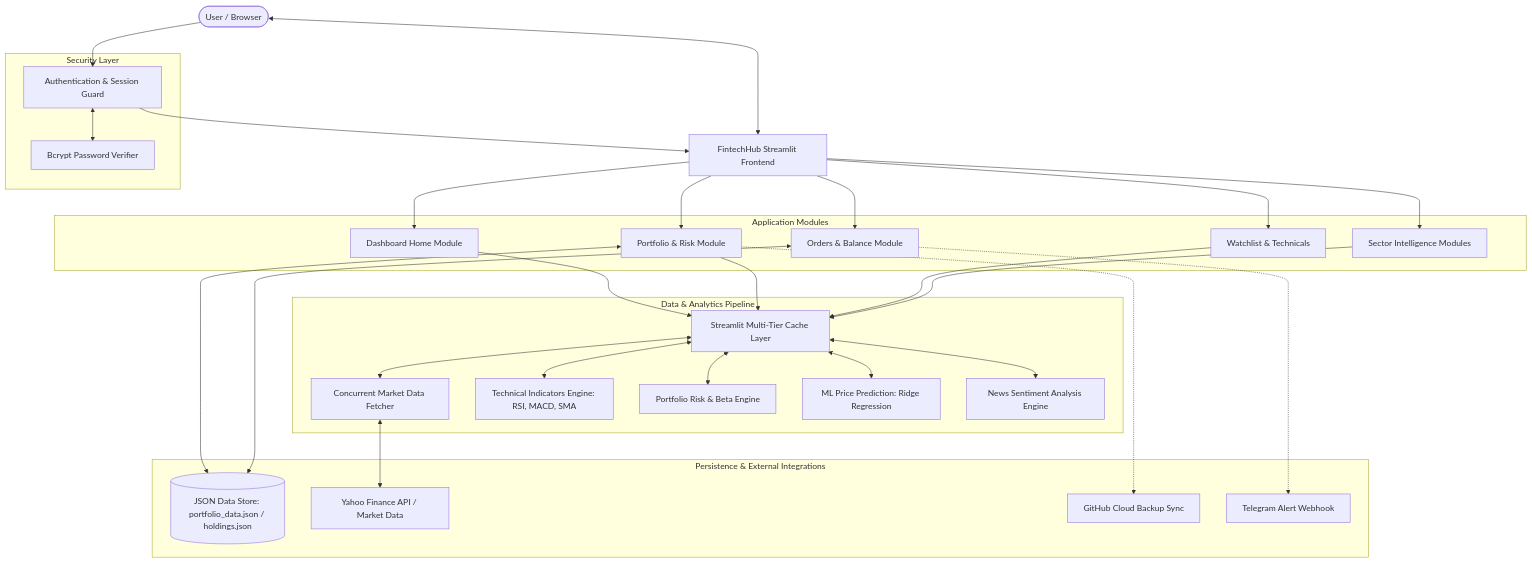
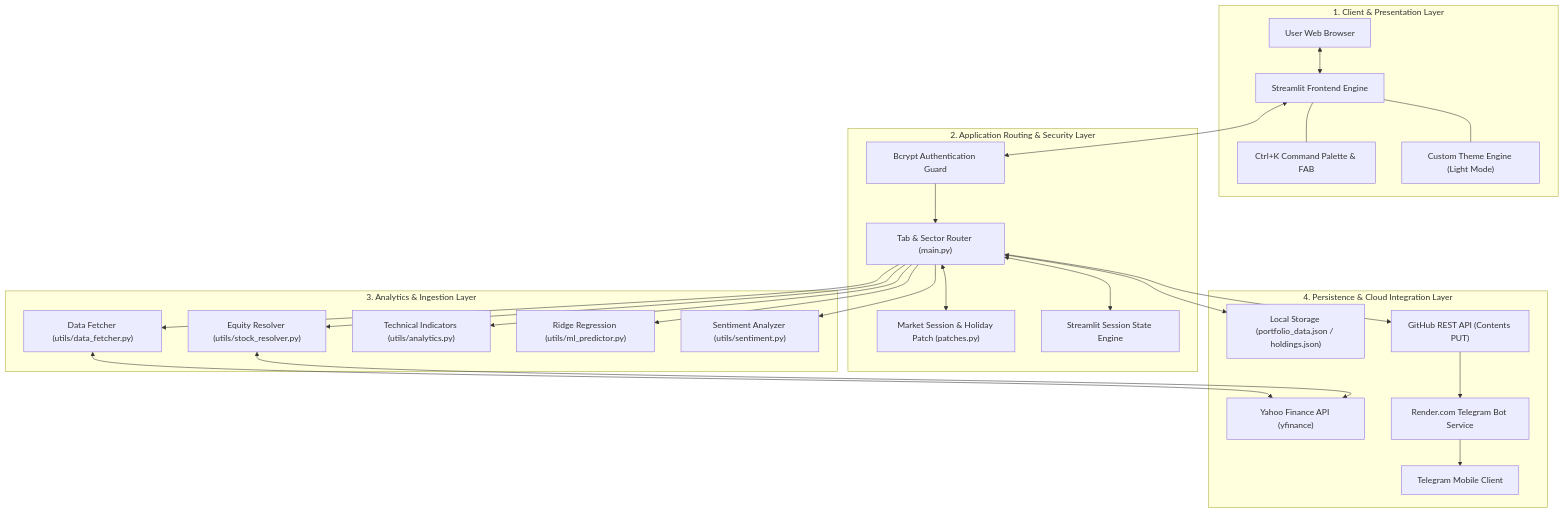
One commit to Nitinrajgor07/stock-market-visualization changed the first of 2 diagrams in README.md. Above: the diagram before and after it, drawn with Mermaid. The commit also changed other lines of this file and 5 other files, not shown here.

Commit message:
Update README with architecture, structure and images

````diff
--- a/README.md
+++ b/README.md
@@ -195,55 +137,46 @@
 ```mermaid
 flowchart TD
-    User([User / Browser]) <--> StreamlitUI[FintechHub Streamlit Frontend]
-
-    subgraph Security Layer
-        Auth[Authentication & Session Guard]
-        Bcrypt[Bcrypt Password Verifier]
+    subgraph Layer1["1. Client & Presentation Layer"]
+        Browser["User Web Browser"]
+        StreamlitUI["Streamlit Frontend Engine"]
+        CmdPalette["Ctrl+K Command Palette & FAB"]
+        CustomCSS["Custom Theme Engine (Light Mode)"]
     end
 
-    subgraph Application Modules
-        HomeMod[Dashboard Home Module]
-        PortMod[Portfolio & Risk Module]
-        OrderMod[Orders & Balance Module]
-        WatchMod[Watchlist & Technicals]
-        SectorMod[Sector Intelligence Modules]
+    subgraph Layer2["2. Application Routing & Security Layer"]
+        AuthGuard["Bcrypt Authentication Guard"]
+        Router["Tab & Sector Router (main.py)"]
+        MarketHours["Market Session & Holiday Patch (patches.py)"]
+        StateEngine["Streamlit Session State Engine"]
     end
 
-    subgraph Data & Analytics Pipeline
-        DataFetcher[Concurrent Market Data Fetcher]
-        TechAnalytics[Technical Indicators Engine: RSI, MACD, SMA]
-        RiskEngine[Portfolio Risk & Beta Engine]
-        MLEngine[ML Price Prediction: Ridge Regression]
-        SentimentEngine[News Sentiment Analysis Engine]
-        CacheLayer[Streamlit Multi-Tier Cache Layer]
+    subgraph Layer3["3. Analytics & Ingestion Layer"]
+        DataFetcher["Data Fetcher (utils/data_fetcher.py)"]
+        StockResolver["Equity Resolver (utils/stock_resolver.py)"]
+        TechAnalytics["Technical Indicators (utils/analytics.py)"]
+        MLPredictor["Ridge Regression (utils/ml_predictor.py)"]
+        Sentiment["Sentiment Analyzer (utils/sentiment.py)"]
     end
 
-    subgraph Persistence & External Integrations
-        JSONStore[(JSON Data Store: portfolio_data.json / holdings.json)]
-        YFinance[Yahoo Finance API / Market Data]
-        GitHubSync[GitHub Cloud Backup Sync]
-        TelegramSync[Telegram Alert Webhook]
+    subgraph Layer4["4. Persistence & Cloud Integration Layer"]
+        LocalJSON["Local Storage (portfolio_data.json / holdings.json)"]
+        YahooAPI["Yahoo Finance API (yfinance)"]
+        GitHubAPI["GitHub REST API (Contents PUT)"]
+        RenderBot["Render.com Telegram Bot Service"]
+        TelegramClient["Telegram Mobile Client"]
     end
 
-    User --> Auth
-    Auth <--> Bcrypt
-    Auth --> StreamlitUI
-
-    StreamlitUI --> HomeMod
-    StreamlitUI --> PortMod
-    StreamlitUI --> OrderMod
-    StreamlitUI --> WatchMod
-    StreamlitUI --> SectorMod
-
-    HomeMod & PortMod & WatchMod & SectorMod --> CacheLayer
-    CacheLayer <--> DataFetcher
-    CacheLayer <--> TechAnalytics
-    CacheLayer <--> RiskEngine
-    CacheLayer <--> MLEngine
-    CacheLayer <--> SentimentEngine
-
-    DataFetcher <--> YFinance
-    PortMod & OrderMod <--> JSONStore
-    PortMod -.-> GitHubSync
-    OrderMod -.-> TelegramSync
+    Browser <--> StreamlitUI
+    StreamlitUI --- CmdPalette & CustomCSS
+    StreamlitUI <--> AuthGuard
+    AuthGuard --> Router
+    Router <--> StateEngine
+    Router <--> MarketHours
+    Router --> DataFetcher & StockResolver & TechAnalytics & MLPredictor & Sentiment
+    DataFetcher <--> YahooAPI
+    StockResolver <--> YahooAPI
+    Router <--> LocalJSON
+    Router --> GitHubAPI
+    GitHubAPI --> RenderBot
+    RenderBot --> TelegramClient
 ```
````
